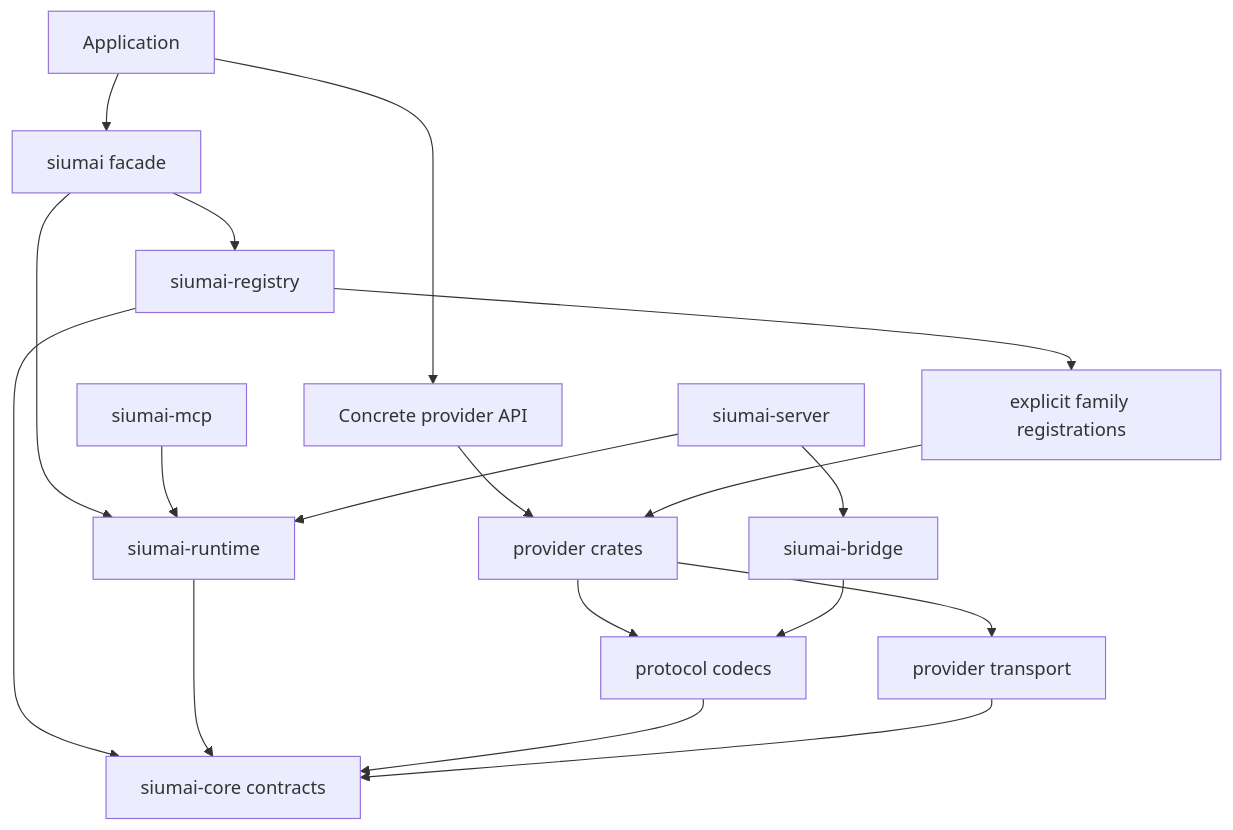
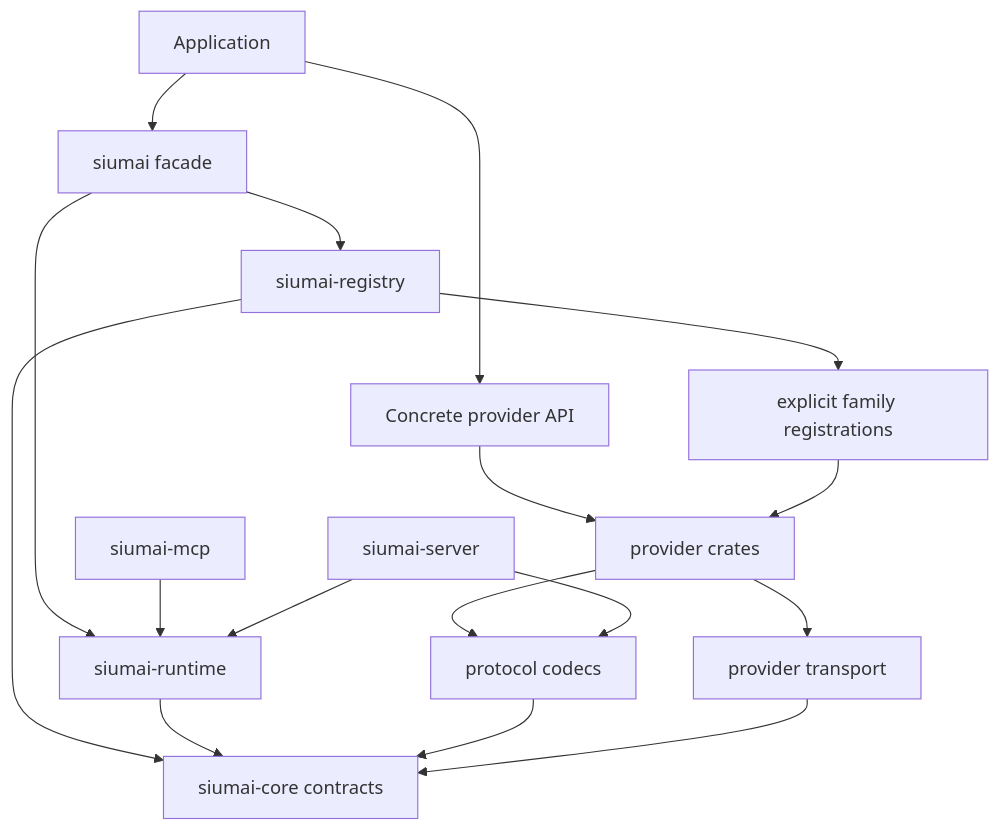
Before and after one commit to YumchaLabs/siumai: the first of 3 diagrams in docs/plans/2026-08-04-001-refactor-siumai-next-revival-plan.md, drawn with Mermaid. The commit also changed other lines of this file and 3483 other files, not shown here.

````diff
--- a/docs/plans/2026-08-04-001-refactor-siumai-next-revival-plan.md
+++ b/docs/plans/2026-08-04-001-refactor-siumai-next-revival-plan.md
@@ -347,20 +353,19 @@
 ```mermaid
 flowchart TD
     App[Application] --> Facade[siumai facade]
     App --> Direct[Concrete provider API]
     Facade --> Registry[siumai-registry]
     Facade --> Runtime[siumai-runtime]
     Registry --> Core[siumai-core contracts]
     Runtime --> Core
     Direct --> Providers[provider crates]
     Registry --> Registration[explicit family registrations]
     Registration --> Providers
     Providers --> Protocols[protocol codecs]
     Providers --> Transport[provider transport]
     Protocols --> Core
     Transport --> Core
     MCP[siumai-mcp] --> Runtime
     Server[siumai-server] --> Runtime
-    Server --> Bridge[siumai-bridge]
-    Bridge --> Protocols
+    Server --> Protocols
 ```
````
